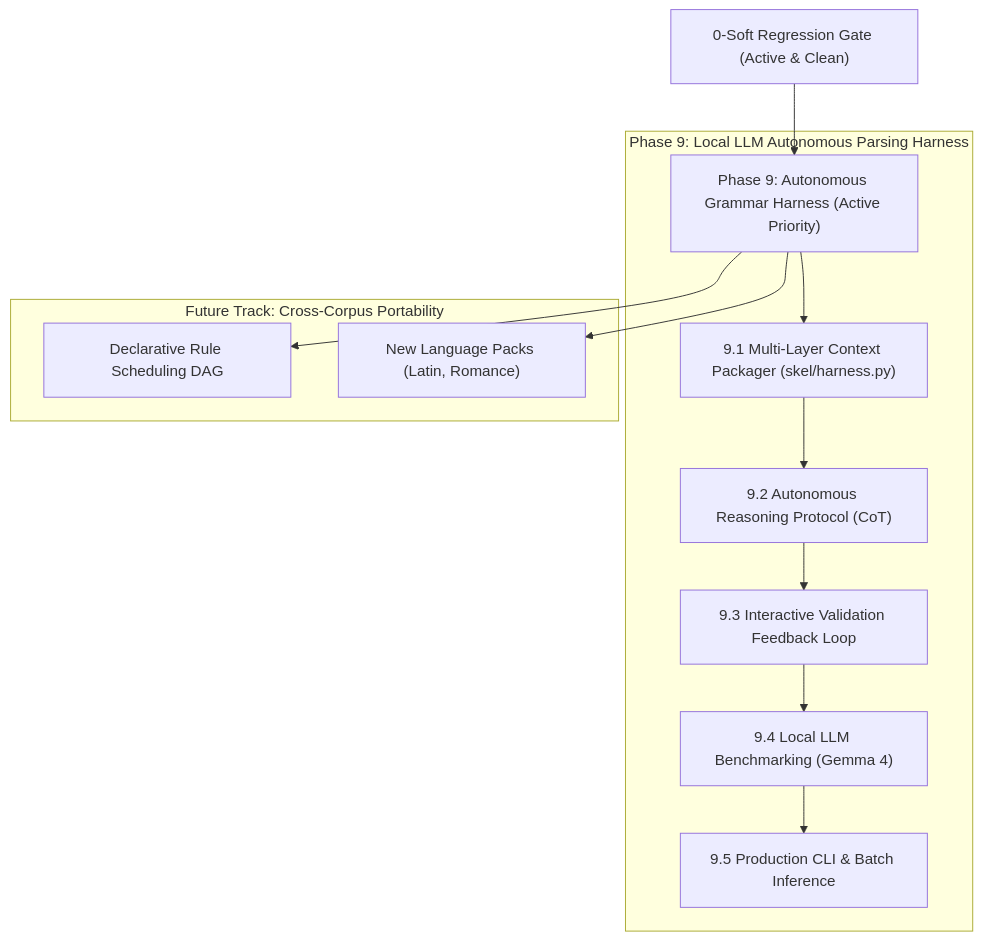
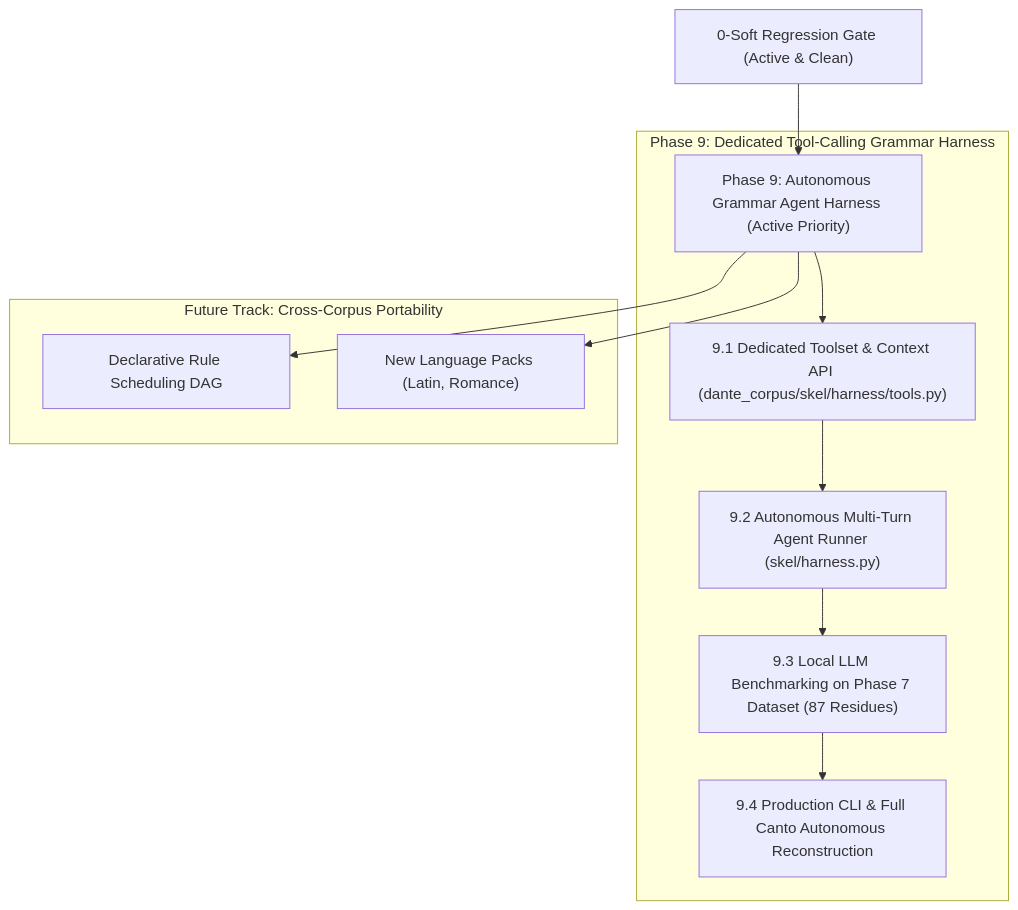
The first of 2 diagrams in skel/PLAN.md (7shi/dante-corpus), drawn with Mermaid before and after one commit. The commit also changed other lines of this file and 7 other files, not shown here.

First line of the commit message:
docs(skel): unify Phase 9 grammar agent harness plan and specify strict data boundaries

````diff
--- a/skel/PLAN.md
+++ b/skel/PLAN.md
@@ -19,17 +19,16 @@
 ```mermaid
 graph TD
-    Gate["0-Soft Regression Gate (Active & Clean)"] --> P9["Phase 9: Autonomous Grammar Harness (Active Priority)"]
+    Gate["0-Soft Regression Gate (Active & Clean)"] --> P9["Phase 9: Autonomous Grammar Agent Harness (Active Priority)"]
     
-    subgraph "Phase 9: Local LLM Autonomous Parsing Harness"
-        P9 --> P9_1["9.1 Multi-Layer Context Packager (skel/harness.py)"]
-        P9_1 --> P9_2["9.2 Autonomous Reasoning Protocol (CoT)"]
-        P9_2 --> P9_3["9.3 Interactive Validation Feedback Loop"]
-        P9_3 --> P9_4["9.4 Local LLM Benchmarking (Gemma 4)"]
-        P9_4 --> P9_5["9.5 Production CLI & Batch Inference"]
+    subgraph "Phase 9: Dedicated Tool-Calling Grammar Harness"
+        P9 --> P9_1["9.1 Dedicated Toolset & Context API (dante_corpus/skel/harness/tools.py)"]
+        P9_1 --> P9_2["9.2 Autonomous Multi-Turn Agent Runner (skel/harness.py)"]
+        P9_2 --> P9_3["9.3 Local LLM Benchmarking on Phase 7 Dataset (87 Residues)"]
+        P9_3 --> P9_4["9.4 Production CLI & Full Canto Autonomous Reconstruction"]
     end
     
     subgraph "Future Track: Cross-Corpus Portability"
         P9 --> Port_DAG["Declarative Rule Scheduling DAG"]
         P9 --> Port_Lang["New Language Packs (Latin, Romance)"]
     end
 ```
````
